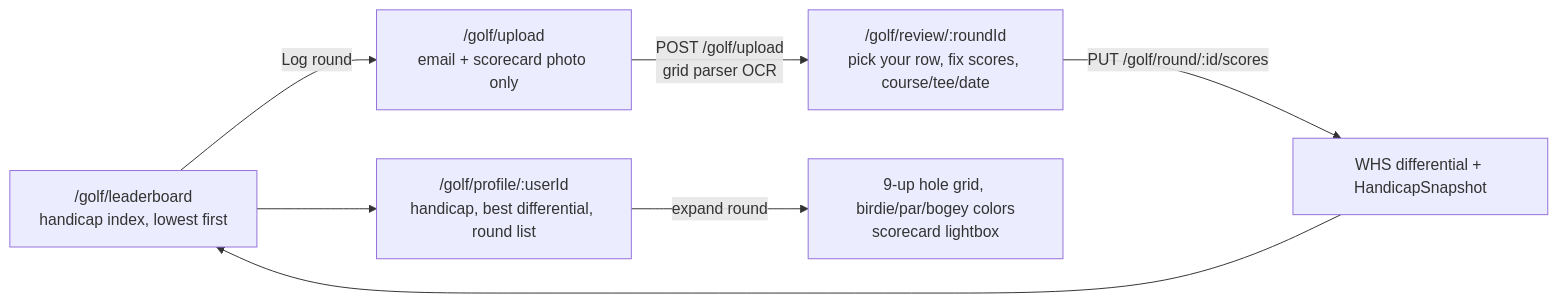
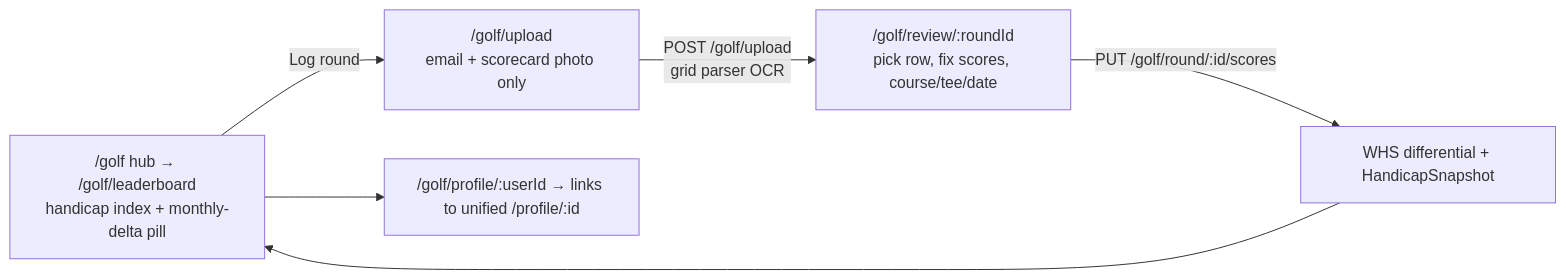
One commit to robert23kim/toms-gym changed the fifth of 6 diagrams in docs/site-map/README.md. Above: the diagram before and after it, drawn with Mermaid. The commit also changed other lines of this file and 14 other files, not shown here.

First line of the commit message:
docs(site-map): refresh production walk for shipped UX roadmap

````diff
--- a/docs/site-map/README.md
+++ b/docs/site-map/README.md
@@ -90,9 +117,8 @@
 ```mermaid
 flowchart LR
-    GL["/golf/leaderboard\nhandicap index, lowest first"] -->|Log round| GU["/golf/upload\nemail + scorecard photo only"]
-    GU -->|POST /golf/upload\ngrid parser OCR| GR["/golf/review/:roundId\npick your row, fix scores, course/tee/date"]
+    GL["/golf hub → /golf/leaderboard\nhandicap index + monthly-delta pill"] -->|Log round| GU["/golf/upload\nemail + scorecard photo only"]
+    GU -->|POST /golf/upload\ngrid parser OCR| GR["/golf/review/:roundId\npick row, fix scores, course/tee/date"]
     GR -->|PUT /golf/round/:id/scores| HS[WHS differential + HandicapSnapshot]
     HS --> GL
-    GL --> GP["/golf/profile/:userId\nhandicap, best differential, round list"]
-    GP -->|expand round| HG[9-up hole grid, birdie/par/bogey colors\nscorecard lightbox]
+    GL --> GP["/golf/profile/:userId → links to unified /profile/:id"]
 ```
````
